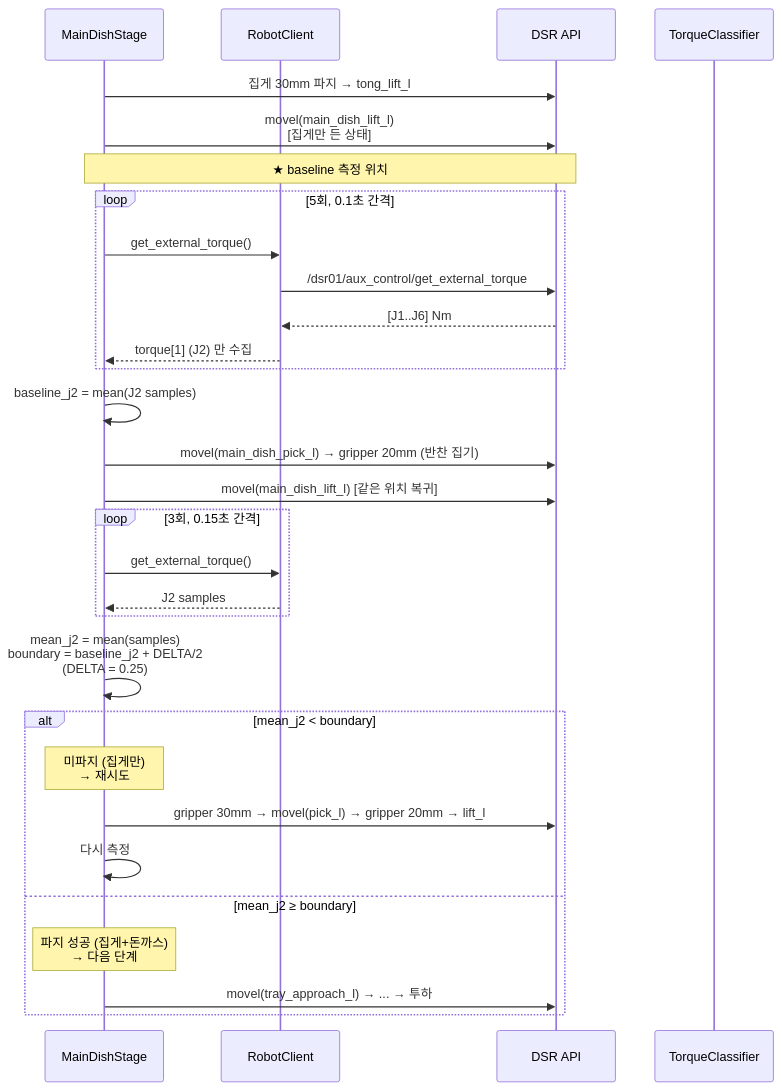
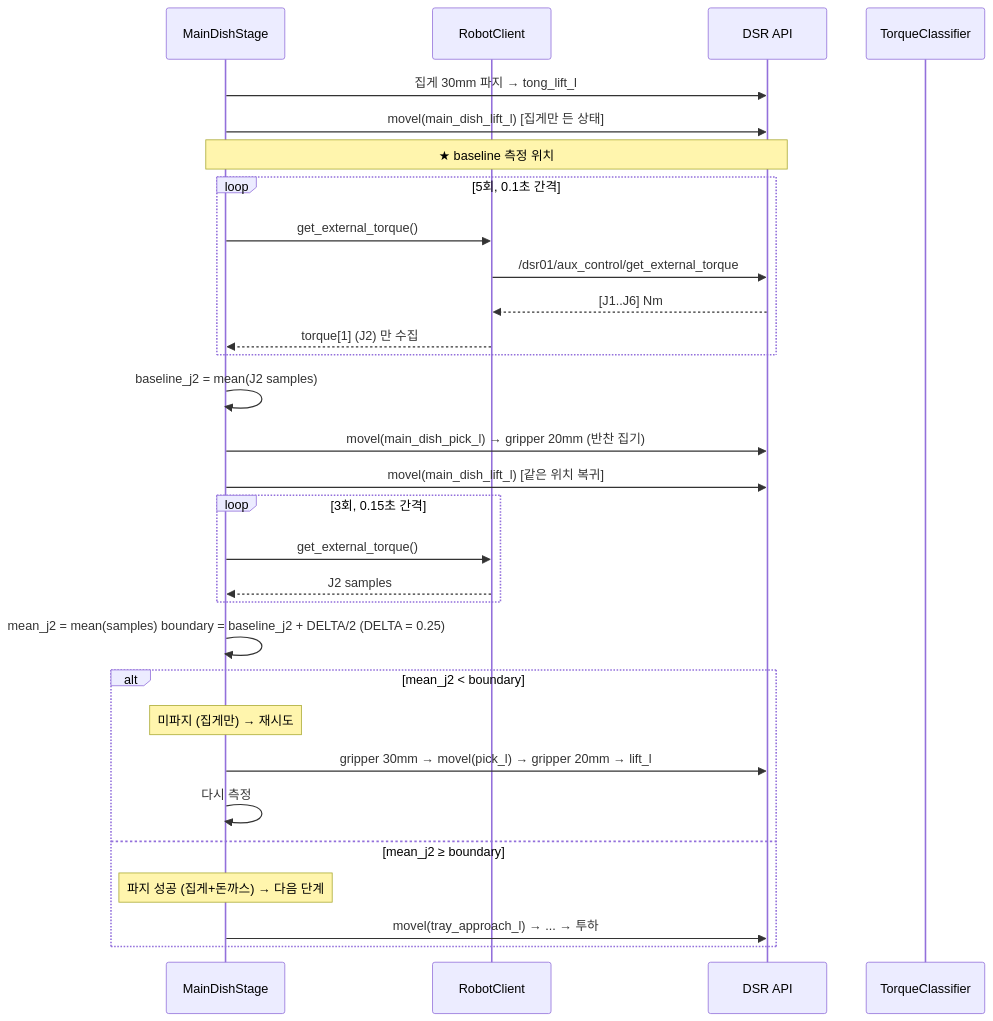
Before and after one commit to yoonseonjae/lunchbox-cobot: the fifth of 5 diagrams in docs/SEQUENCE_DIAGRAM.md, drawn with Mermaid. The commit also changed other lines of this file, not shown here.

````diff
--- a/docs/SEQUENCE_DIAGRAM.md
+++ b/docs/SEQUENCE_DIAGRAM.md
@@ -246,38 +246,38 @@
 ```mermaid
 sequenceDiagram
     participant ST as MainDishStage
     participant RC as RobotClient
     participant DSR as DSR API
     participant TC as TorqueClassifier
 
     ST->>DSR: 집게 30mm 파지 → tong_lift_l
-    ST->>DSR: movel(main_dish_lift_l)<br/>[집게만 든 상태]
+    ST->>DSR: movel(main_dish_lift_l) [집게만 든 상태]
 
     Note over ST,DSR: ★ baseline 측정 위치
 
     loop 5회, 0.1초 간격
         ST->>RC: get_external_torque()
         RC->>DSR: /dsr01/aux_control/get_external_torque
         DSR-->>RC: [J1..J6] Nm
         RC-->>ST: torque[1] (J2) 만 수집
     end
     ST->>ST: baseline_j2 = mean(J2 samples)
 
     ST->>DSR: movel(main_dish_pick_l) → gripper 20mm (반찬 집기)
     ST->>DSR: movel(main_dish_lift_l) [같은 위치 복귀]
 
     loop 3회, 0.15초 간격
         ST->>RC: get_external_torque()
         RC-->>ST: J2 samples
     end
-    ST->>ST: mean_j2 = mean(samples)<br/>boundary = baseline_j2 + DELTA/2<br/>(DELTA = 0.25)
+    ST->>ST: mean_j2 = mean(samples) boundary = baseline_j2 + DELTA/2 (DELTA = 0.25)
 
     alt mean_j2 < boundary
-        Note over ST: 미파지 (집게만)<br/>→ 재시도
+        Note over ST: 미파지 (집게만) → 재시도
         ST->>DSR: gripper 30mm → movel(pick_l) → gripper 20mm → lift_l
         ST->>ST: 다시 측정
     else mean_j2 ≥ boundary
-        Note over ST: 파지 성공 (집게+돈까스)<br/>→ 다음 단계
+        Note over ST: 파지 성공 (집게+돈까스) → 다음 단계
         ST->>DSR: movel(tray_approach_l) → ... → 투하
     end
 ```
````
